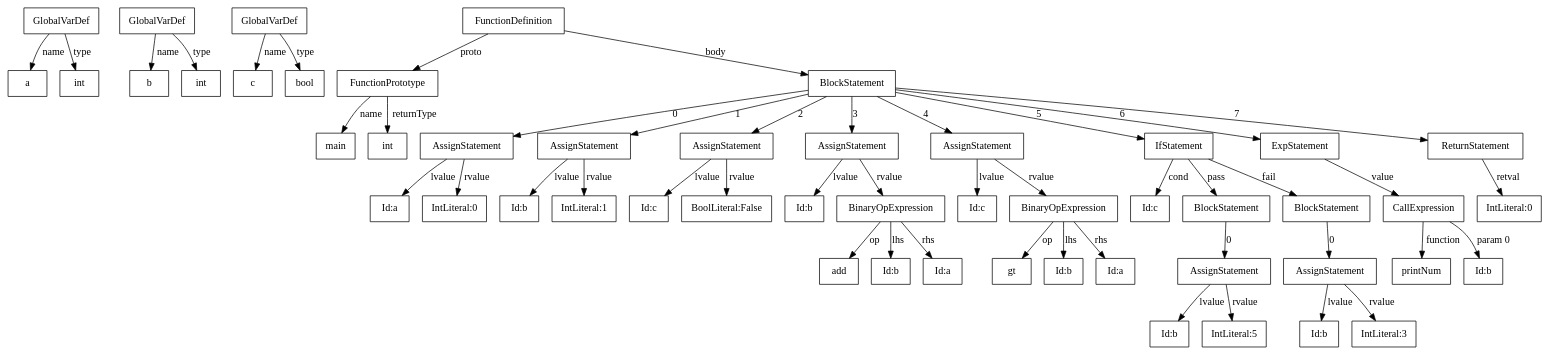
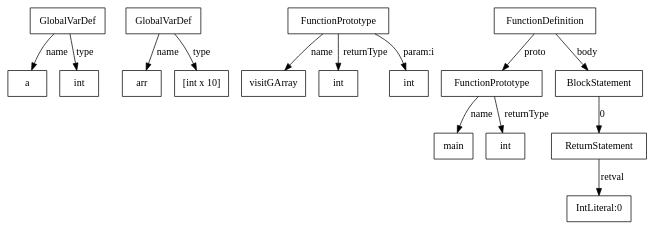
One commit to SuperABC/SGS changed the diagram in SGS/test1.gv. Above: the diagram before and after it, drawn with Graphviz. The commit also changed 11 other files, not shown here.

```diff
--- a/SGS/test1.gv
+++ b/SGS/test1.gv
@@ -1,102 +1,34 @@
 digraph g {
 node[shape = box, fontname = "Fira Code Light"]
 edge[fontname = "Fira Code Light", splines = line]
-58897144 [label="GlobalVarDef"]
-58897144 -> 1 [label="name"]
+26109496 [label="GlobalVarDef"]
+26109496 -> 1 [label="name"]
 1 [label="a"]
-58897144 -> 2 [label="type"]
+26109496 -> 2 [label="type"]
 2 [label="int"]
-58939344 [label="GlobalVarDef"]
-58939344 -> 3 [label="name"]
-3 [label="b"]
-58939344 -> 4 [label="type"]
-4 [label="int"]
-58940488 [label="GlobalVarDef"]
-58940488 -> 5 [label="name"]
-5 [label="c"]
-58940488 -> 6 [label="type"]
-6 [label="bool"]
-58883568 [label="FunctionDefinition"]
-58883568 -> 58931096 [label="proto"]
-58883568 -> 58947432 [label="body"]
-58931096 [label="FunctionPrototype"]
-58931096 -> 7 [label="name"]
-7 [label="main"]
-58931096 -> 8 [label="returnType"]
-8 [label="int"]
-58947432 [label="BlockStatement"]
-58947432 -> 58885744 [label=0]
-58947432 -> 58886064 [label=1]
-58947432 -> 58885872 [label=2]
-58947432 -> 58885424 [label=3]
-58947432 -> 58884784 [label=4]
-58947432 -> 58946928 [label=5]
-58947432 -> 58883440 [label=6]
-58947432 -> 58882672 [label=7]
-58885744 [label="AssignStatement"]
-58885744 -> 58939872 [label="lvalue"]
-58885744 -> 58885296 [label="rvalue"]
-58939872 [label="Id:a"]
-58885296 [label="IntLiteral:0"]
-58886064 [label="AssignStatement"]
-58886064 -> 58939256 [label="lvalue"]
-58886064 -> 58885360 [label="rvalue"]
-58939256 [label="Id:b"]
-58885360 [label="IntLiteral:1"]
-58885872 [label="AssignStatement"]
-58885872 -> 58941456 [label="lvalue"]
-58885872 -> 58886000 [label="rvalue"]
-58941456 [label="Id:c"]
-58886000 [label="BoolLiteral:False"]
-58885424 [label="AssignStatement"]
-58885424 -> 58941280 [label="lvalue"]
-58885424 -> 58946640 [label="rvalue"]
-58941280 [label="Id:b"]
-58946640 [label="BinaryOpExpression"]
-58946640 -> 9 [label="op"]
-9 [label="add"]
-58946640 -> 58941984 [label="lhs"]
-58946640 -> 58940400 [label="rhs"]
-58941984 [label="Id:b"]
-58940400 [label="Id:a"]
-58884784 [label="AssignStatement"]
-58884784 -> 58941192 [label="lvalue"]
-58884784 -> 58946352 [label="rvalue"]
-58941192 [label="Id:c"]
-58946352 [label="BinaryOpExpression"]
-58946352 -> 10 [label="op"]
-10 [label="gt"]
-58946352 -> 58939960 [label="lhs"]
-58946352 -> 58940576 [label="rhs"]
-58939960 [label="Id:b"]
-58940576 [label="Id:a"]
-58946928 [label="IfStatement"]
-58946928 -> 58939432 [label="cond"]
-58946928 -> 58946784 [label="pass"]
-58946928 -> 58946856 [label="fail"]
-58939432 [label="Id:c"]
-58946784 [label="BlockStatement"]
-58946784 -> 58884720 [label=0]
-58884720 [label="AssignStatement"]
-58884720 -> 58941808 [label="lvalue"]
-58884720 -> 58885936 [label="rvalue"]
-58941808 [label="Id:b"]
-58885936 [label="IntLiteral:5"]
-58946856 [label="BlockStatement"]
-58946856 -> 58885680 [label=0]
-58885680 [label="AssignStatement"]
-58885680 -> 58941016 [label="lvalue"]
-58885680 -> 58886192 [label="rvalue"]
-58941016 [label="Id:b"]
-58886192 [label="IntLiteral:3"]
-58883440 [label="ExpStatement"]
-58883440 -> 58930472 [label="value"]
-58930472 [label="CallExpression"]
-58930472 -> 11 [label="function"]
-11 [label="printNum"]
-58930472 -> 58941368 [label="param 0"]
-58941368 [label="Id:b"]
-58882672 [label="ReturnStatement"]
-58882672 -> 58883504 [label="retval"]
-58883504 [label="IntLiteral:0"]
+26112136 [label="GlobalVarDef"]
+26112136 -> 3 [label="name"]
+3 [label="arr"]
+26112136 -> 4 [label="type"]
+4 [label="[int x 10]"]
+26142184 [label="FunctionPrototype"]
+26142184 -> 5 [label="name"]
+5 [label="visitGArray"]
+26142184 -> 6 [label="returnType"]
+6 [label="int"]
+26142184 -> 7 [label="param:i"]
+7 [label="int"]
+26101248 [label="FunctionDefinition"]
+26101248 -> 26142496 [label="proto"]
+26101248 -> 26129064 [label="body"]
+26142496 [label="FunctionPrototype"]
+26142496 -> 8 [label="name"]
+8 [label="main"]
+26142496 -> 9 [label="returnType"]
+9 [label="int"]
+26129064 [label="BlockStatement"]
+26129064 -> 26101760 [label=0]
+26101760 [label="ReturnStatement"]
+26101760 -> 26101376 [label="retval"]
+26101376 [label="IntLiteral:0"]
 }
```
